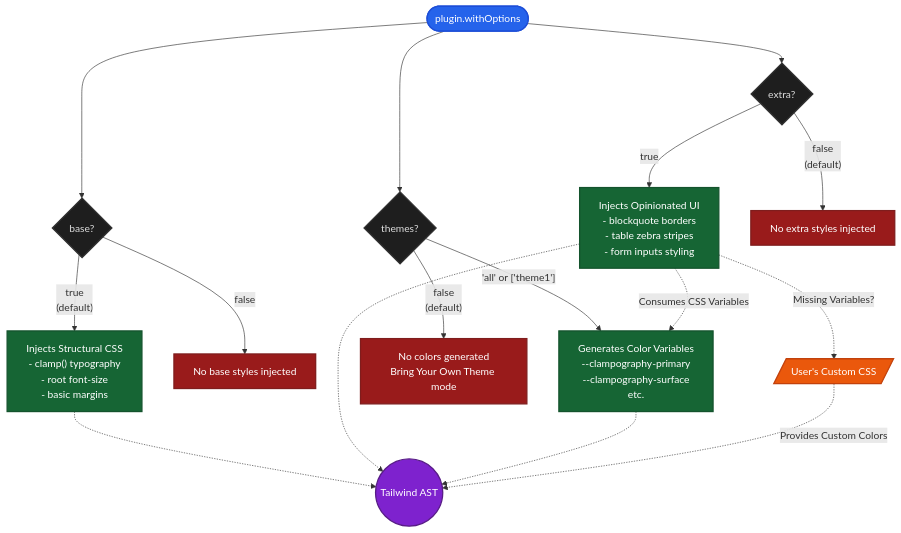
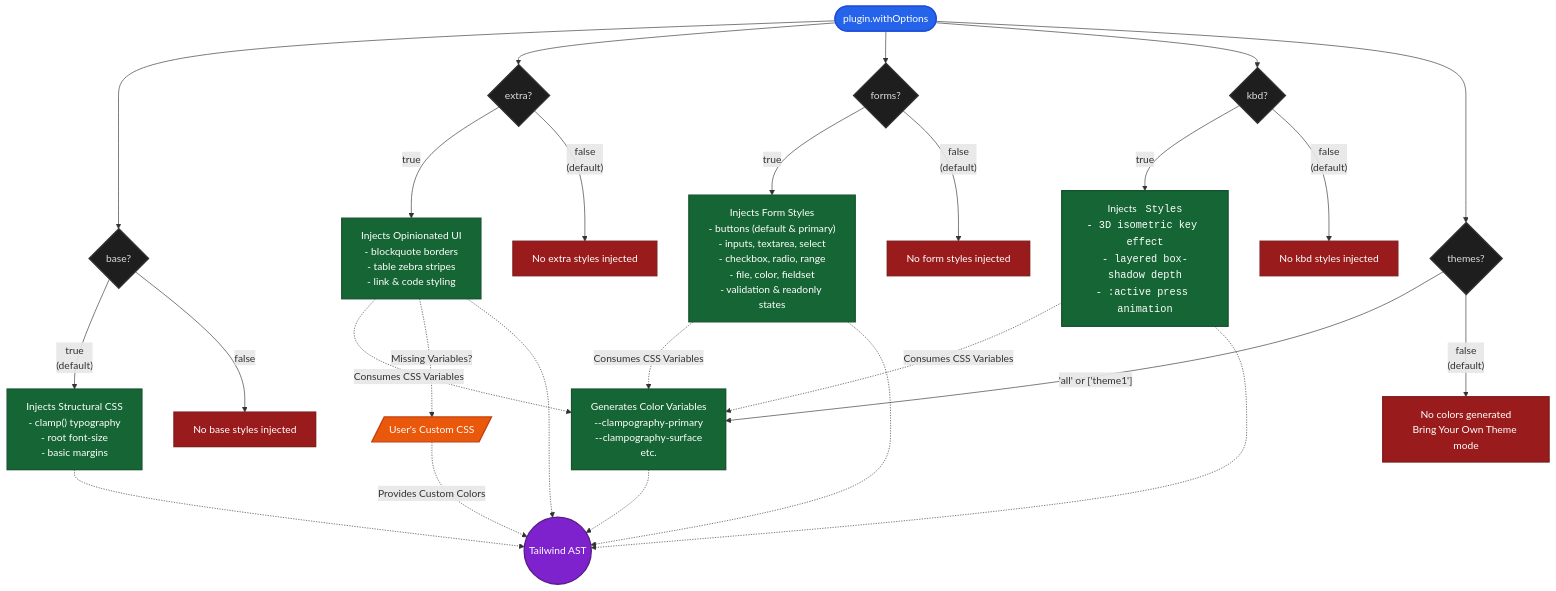
One commit to Avaray/clampography changed the diagram in docs/configuration-flow.md. Above: the diagram before and after it, drawn with Mermaid. The commit also changed other lines of this file and 1 other file, not shown here.

Commit message:
docs: update contributing.md and configuration-flow.md for v2 modules
- contributing.md: list all source modules (base, extra, forms, kbd, themes) with descriptions
- contributing.md: fix css output directory reference (src/css/ -> css/)
- configuration-flow.md: add forms and kbd nodes to the Mermaid flowchart
- configuration-flow.md: expand BYOT explanation to cover forms and kbd

````diff
--- a/docs/configuration-flow.md
+++ b/docs/configuration-flow.md
@@ -7,44 +7,60 @@
 ```mermaid
 flowchart TD
     %% Input
     Config([plugin.withOptions]) --> O_Base{base?}
     Config --> O_Extra{extra?}
+    Config --> O_Forms{forms?}
+    Config --> O_Kbd{kbd?}
     Config --> O_Themes{themes?}
 
     %% Base Logic
     O_Base -- true\n(default) --> B_Yes["Injects Structural CSS<br>- clamp() typography<br>- root font-size<br>- basic margins"]
     O_Base -- false --> B_No["No base styles injected"]
 
     %% Extra Logic
-    O_Extra -- true --> E_Yes["Injects Opinionated UI<br>- blockquote borders<br>- table zebra stripes<br>- form inputs styling"]
+    O_Extra -- true --> E_Yes["Injects Opinionated UI<br>- blockquote borders<br>- table zebra stripes<br>- link & code styling"]
     O_Extra -- false\n(default) --> E_No["No extra styles injected"]
-    
+
+    %% Forms Logic
+    O_Forms -- true --> F_Yes["Injects Form Styles<br>- buttons (default & primary)<br>- inputs, textarea, select<br>- checkbox, radio, range<br>- file, color, fieldset<br>- validation & readonly states"]
+    O_Forms -- false\n(default) --> F_No["No form styles injected"]
+
+    %% Kbd Logic
+    O_Kbd -- true --> K_Yes["Injects <kbd> Styles<br>- 3D isometric key effect<br>- layered box-shadow depth<br>- :active press animation"]
+    O_Kbd -- false\n(default) --> K_No["No kbd styles injected"]
+
     %% Themes Logic
     O_Themes -- "'all' or ['theme1']" --> T_Yes["Generates Color Variables<br>--clampography-primary<br>--clampography-surface<br>etc."]
     O_Themes -- false\n(default) --> T_No["No colors generated<br>Bring Your Own Theme mode"]
 
     %% Dependencies & Interactions
     B_Yes -.-> Output((Tailwind AST))
-    
+
     E_Yes -. "Consumes CSS Variables" .-> T_Yes
     E_Yes -. "Missing Variables?" .-> UserCSS[/User's Custom CSS/]
     E_Yes -.-> Output
-    
+
+    F_Yes -. "Consumes CSS Variables" .-> T_Yes
+    F_Yes -.-> Output
+
+    K_Yes -. "Consumes CSS Variables" .-> T_Yes
+    K_Yes -.-> Output
+
     T_Yes -.-> Output
 
     %% User interaction in BYOT
     UserCSS -. "Provides Custom Colors" .-> Output
 
     classDef default fill:#1e1e1e,stroke:#333,stroke-width:2px,color:#ddd
     classDef input fill:#2563eb,stroke:#1d4ed8,stroke-width:2px,color:#fff
     classDef yes fill:#166534,stroke:#14532d,stroke-width:2px,color:#fff
     classDef no fill:#991b1b,stroke:#7f1d1d,stroke-width:2px,color:#fff
     classDef output fill:#7e22ce,stroke:#581c87,stroke-width:2px,color:#fff
     classDef user fill:#ea580c,stroke:#c2410c,stroke-width:2px,color:#fff
 
     class Config input
-    class B_Yes,E_Yes,T_Yes yes
-    class B_No,E_No,T_No no
+    class B_Yes,E_Yes,F_Yes,K_Yes,T_Yes yes
+    class B_No,E_No,F_No,K_No,T_No no
     class Output output
     class UserCSS user
 ```
````
